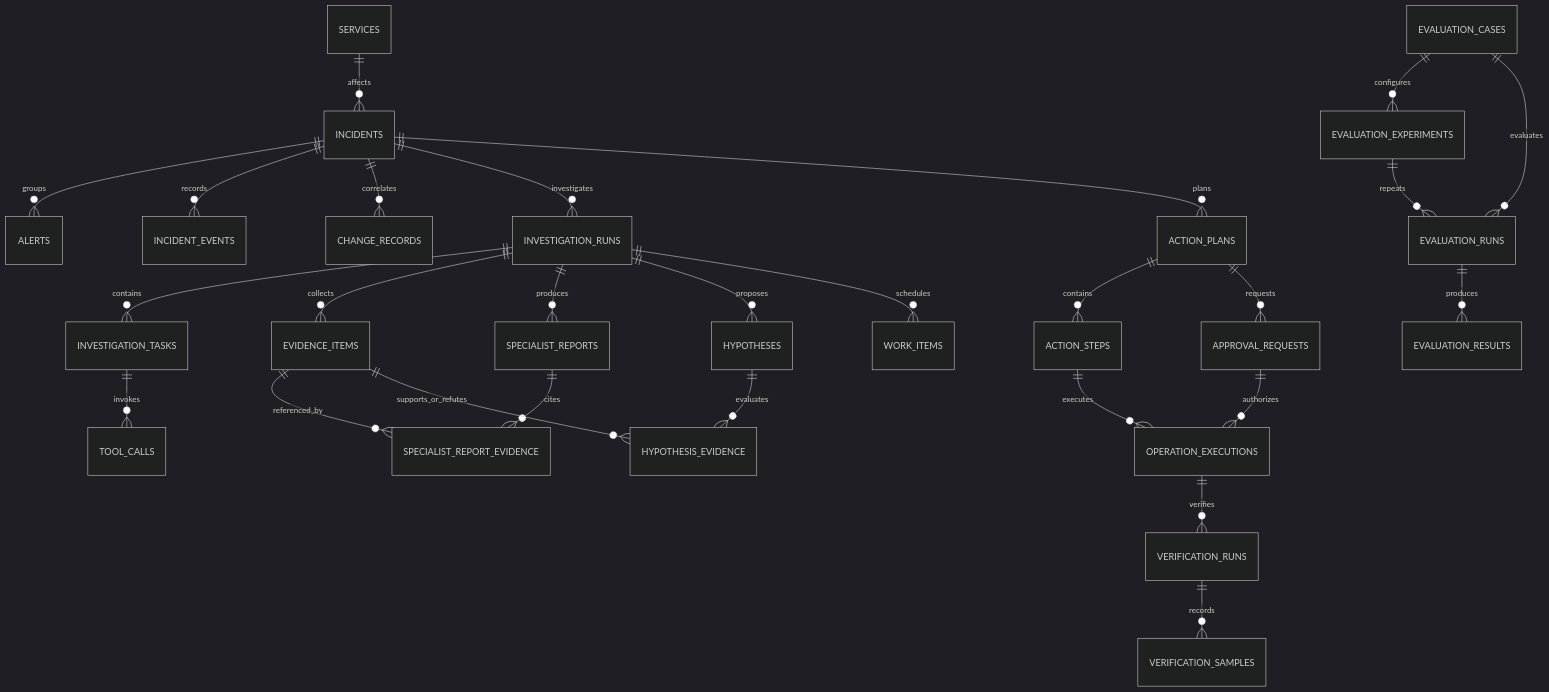
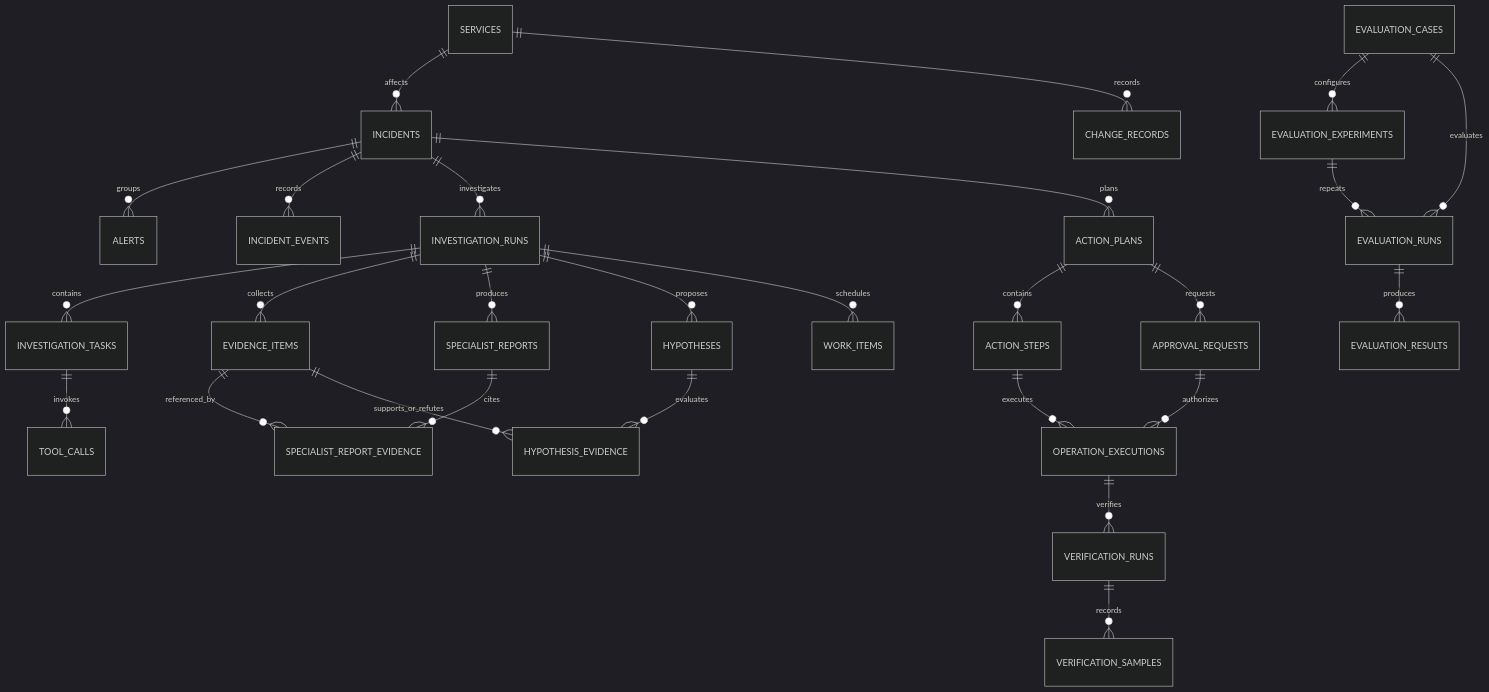
One commit to kill-t/ops-swarm changed the first of 3 diagrams in docs/architecture/04-database-design.md. Above: the diagram before and after it, drawn with Mermaid (dark theme). The commit also changed other lines of this file and 31 other files, not shown here.

````diff
--- a/docs/architecture/04-database-design.md
+++ b/docs/architecture/04-database-design.md
@@ -26,29 +26,29 @@
 ```mermaid
 erDiagram
     SERVICES ||--o{ INCIDENTS : affects
     INCIDENTS ||--o{ ALERTS : groups
     INCIDENTS ||--o{ INCIDENT_EVENTS : records
-    INCIDENTS ||--o{ CHANGE_RECORDS : correlates
+    SERVICES ||--o{ CHANGE_RECORDS : records
     INCIDENTS ||--o{ INVESTIGATION_RUNS : investigates
     INVESTIGATION_RUNS ||--o{ INVESTIGATION_TASKS : contains
     INVESTIGATION_TASKS ||--o{ TOOL_CALLS : invokes
     INVESTIGATION_RUNS ||--o{ EVIDENCE_ITEMS : collects
     INVESTIGATION_RUNS ||--o{ SPECIALIST_REPORTS : produces
     SPECIALIST_REPORTS ||--o{ SPECIALIST_REPORT_EVIDENCE : cites
     EVIDENCE_ITEMS ||--o{ SPECIALIST_REPORT_EVIDENCE : referenced_by
     INVESTIGATION_RUNS ||--o{ HYPOTHESES : proposes
     HYPOTHESES ||--o{ HYPOTHESIS_EVIDENCE : evaluates
     EVIDENCE_ITEMS ||--o{ HYPOTHESIS_EVIDENCE : supports_or_refutes
     INCIDENTS ||--o{ ACTION_PLANS : plans
     ACTION_PLANS ||--o{ ACTION_STEPS : contains
     ACTION_PLANS ||--o{ APPROVAL_REQUESTS : requests
     ACTION_STEPS ||--o{ OPERATION_EXECUTIONS : executes
     APPROVAL_REQUESTS ||--o{ OPERATION_EXECUTIONS : authorizes
     OPERATION_EXECUTIONS ||--o{ VERIFICATION_RUNS : verifies
     VERIFICATION_RUNS ||--o{ VERIFICATION_SAMPLES : records
     INVESTIGATION_RUNS ||--o{ WORK_ITEMS : schedules
     EVALUATION_CASES ||--o{ EVALUATION_EXPERIMENTS : configures
     EVALUATION_EXPERIMENTS ||--o{ EVALUATION_RUNS : repeats
     EVALUATION_CASES ||--o{ EVALUATION_RUNS : evaluates
     EVALUATION_RUNS ||--o{ EVALUATION_RESULTS : produces
 ```
````
